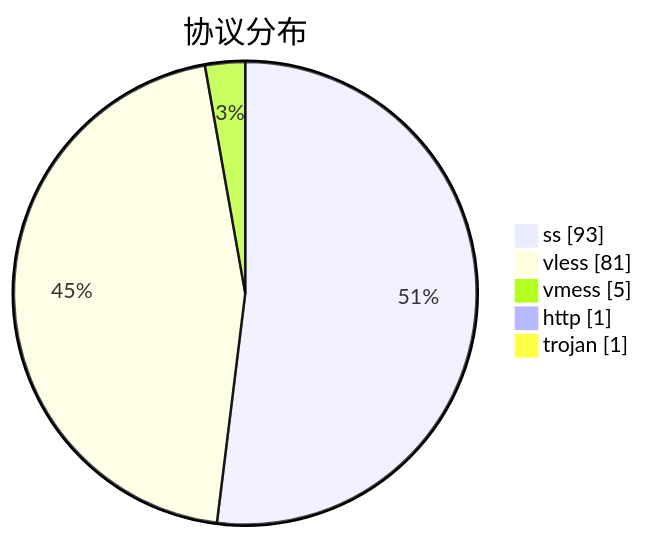
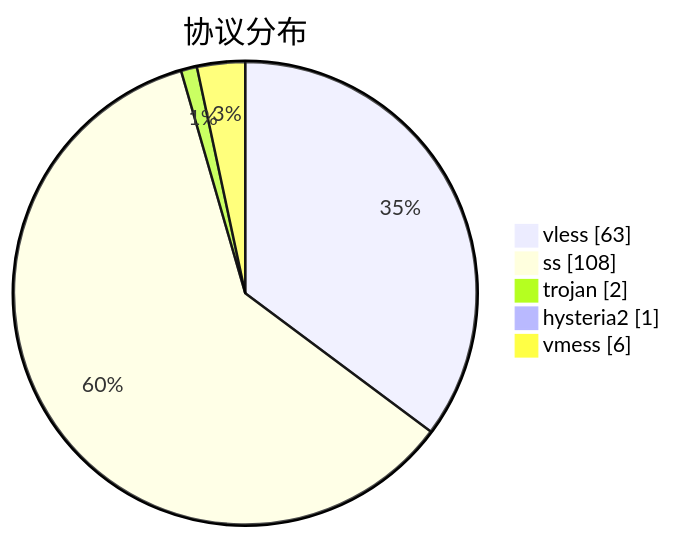
Before and after one commit to qjlxg/airport: the third of 3 diagrams in subs/statistics/tested_within.md, drawn with Mermaid. The commit also changed other lines of this file and 2 other files, not shown here.

````diff
--- a/subs/statistics/tested_within.md
+++ b/subs/statistics/tested_within.md
@@ -25,9 +25,9 @@
 ```mermaid
 pie showData
 title 协议分布
-"ss" : 93
-"vless" : 81
-"vmess" : 5
-"http" : 1
-"trojan" : 1
+"vless" : 63
+"ss" : 108
+"trojan" : 2
+"hysteria2" : 1
+"vmess" : 6
 ```
````
